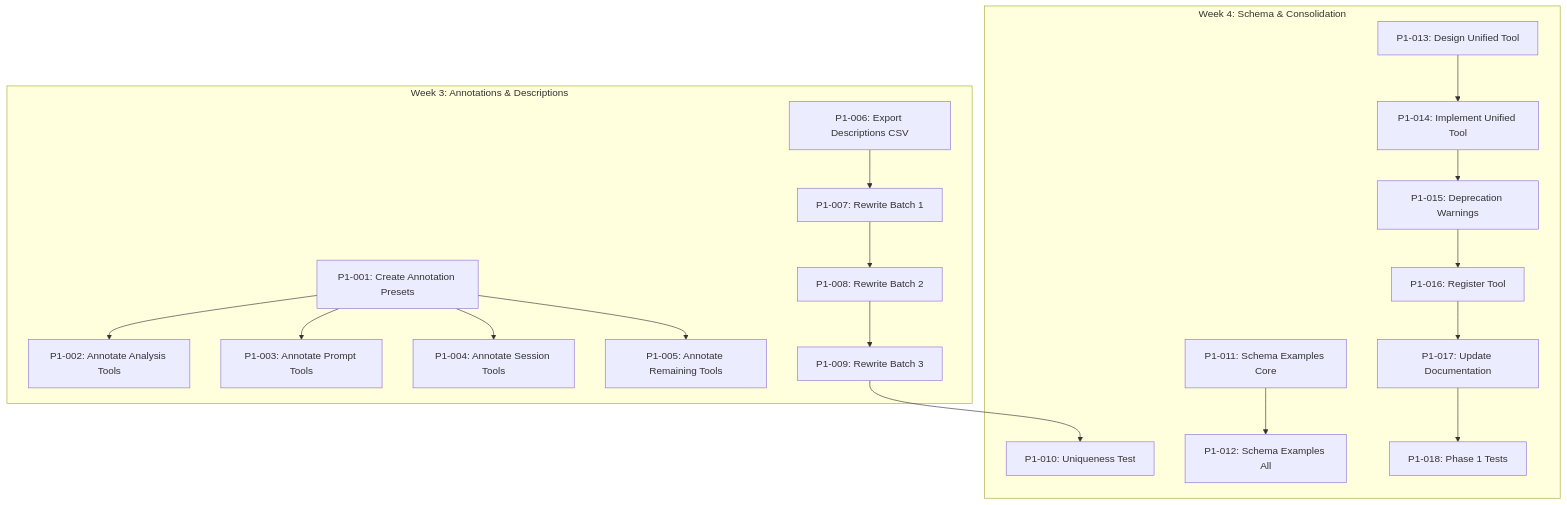
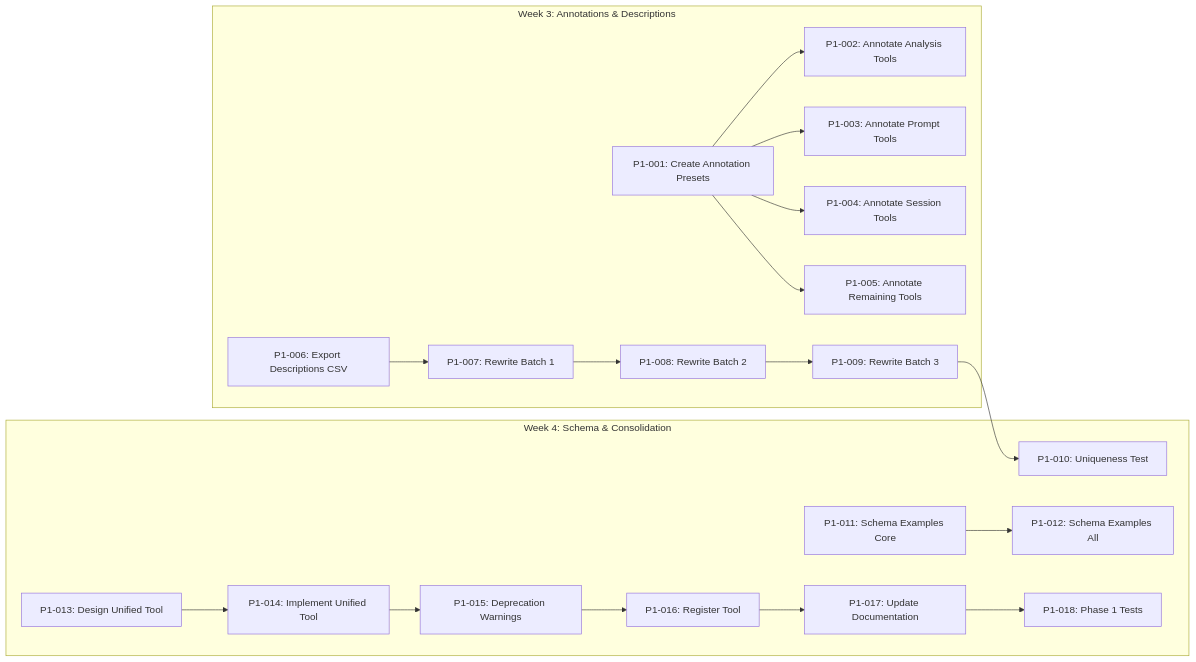
Before and after one commit to Anselmoo/mcp-ai-agent-guidelines: the diagram in plan-v0.13.x/issues-draft/001-parent-phase1-discoverability.md, drawn with Mermaid. The commit also changed 2 other files, not shown here.

Commit message:
fix: update flowchart direction from TB to LR in Phase 1, Phase 2, and Phase 3 documents

````diff
--- a/plan-v0.13.x/issues-draft/001-parent-phase1-discoverability.md
+++ b/plan-v0.13.x/issues-draft/001-parent-phase1-discoverability.md
@@ -46,42 +46,42 @@
 ```mermaid
-flowchart TB
+flowchart LR
     subgraph "Week 3: Annotations & Descriptions"
         P1001[P1-001: Create Annotation Presets]
         P1002[P1-002: Annotate Analysis Tools]
         P1003[P1-003: Annotate Prompt Tools]
         P1004[P1-004: Annotate Session Tools]
         P1005[P1-005: Annotate Remaining Tools]
         P1006[P1-006: Export Descriptions CSV]
         P1007[P1-007: Rewrite Batch 1]
         P1008[P1-008: Rewrite Batch 2]
         P1009[P1-009: Rewrite Batch 3]
 
         P1001 --> P1002
         P1001 --> P1003
         P1001 --> P1004
         P1001 --> P1005
         P1006 --> P1007
         P1007 --> P1008
         P1008 --> P1009
     end
 
     subgraph "Week 4: Schema & Consolidation"
         P1010[P1-010: Uniqueness Test]
         P1011[P1-011: Schema Examples Core]
         P1012[P1-012: Schema Examples All]
         P1013[P1-013: Design Unified Tool]
         P1014[P1-014: Implement Unified Tool]
         P1015[P1-015: Deprecation Warnings]
         P1016[P1-016: Register Tool]
         P1017[P1-017: Update Documentation]
         P1018[P1-018: Phase 1 Tests]
 
         P1009 --> P1010
         P1011 --> P1012
         P1013 --> P1014
         P1014 --> P1015
         P1015 --> P1016
         P1016 --> P1017
         P1017 --> P1018
     end
 ```
````
